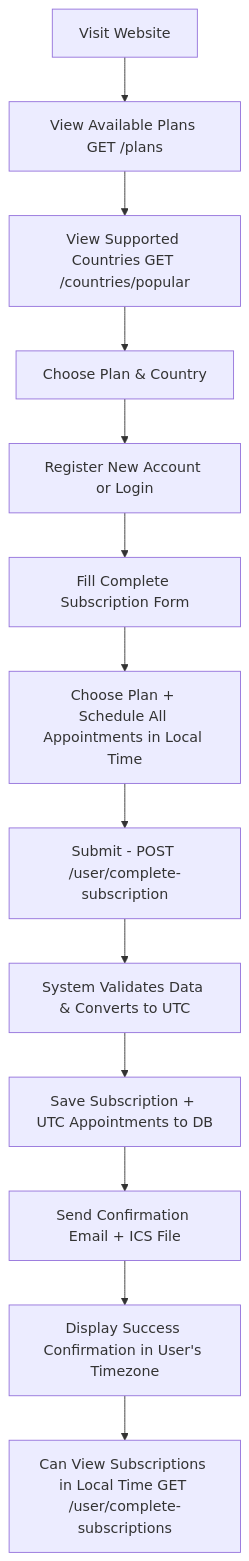
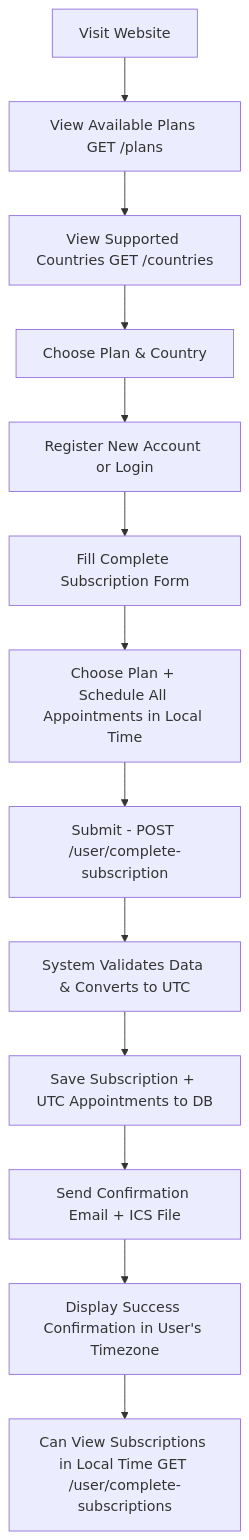
One commit to abdallateef-sa/Appointment-Booking changed the first of 2 diagrams in README.md. Above: the diagram before and after it, drawn with Mermaid. The commit also changed other lines of this file and 6 other files, not shown here.

Commit message:
feat: Refactor country management API; remove popular countries endpoint and update user model to persist timezone

````diff
--- a/README.md
+++ b/README.md
@@ -512,15 +516,15 @@
 ```mermaid
 graph TD
     A[Visit Website] --> B[View Available Plans GET /plans]
-    B --> B1[View Supported Countries GET /countries/popular]
+  B --> B1[View Supported Countries GET /countries]
     B1 --> C[Choose Plan & Country]
     C --> D[Register New Account or Login]
     D --> E[Fill Complete Subscription Form]
     E --> F[Choose Plan + Schedule All Appointments in Local Time]
     F --> G[Submit - POST /user/complete-subscription]
     G --> H[System Validates Data & Converts to UTC]
     H --> I[Save Subscription + UTC Appointments to DB]
     I --> J[Send Confirmation Email + ICS File]
     J --> K[Display Success Confirmation in User's Timezone]
     K --> L[Can View Subscriptions in Local Time GET /user/complete-subscriptions]
 ```
````
